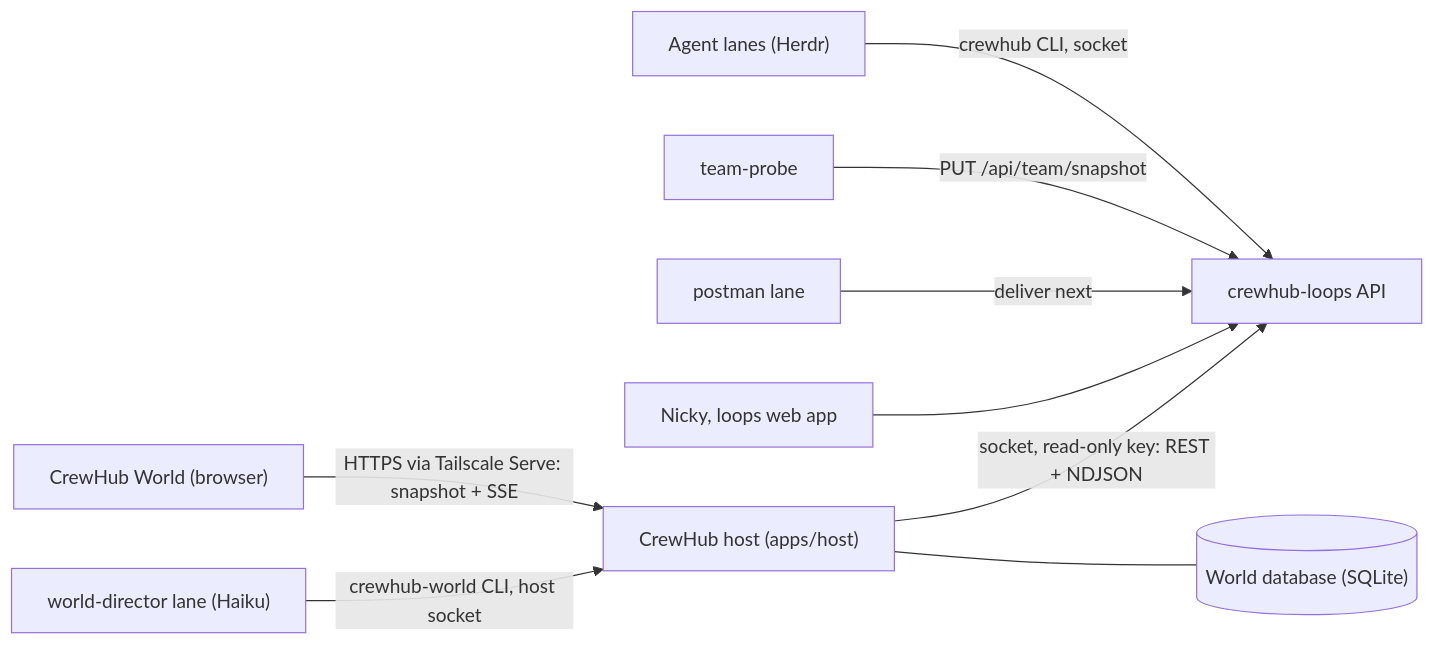
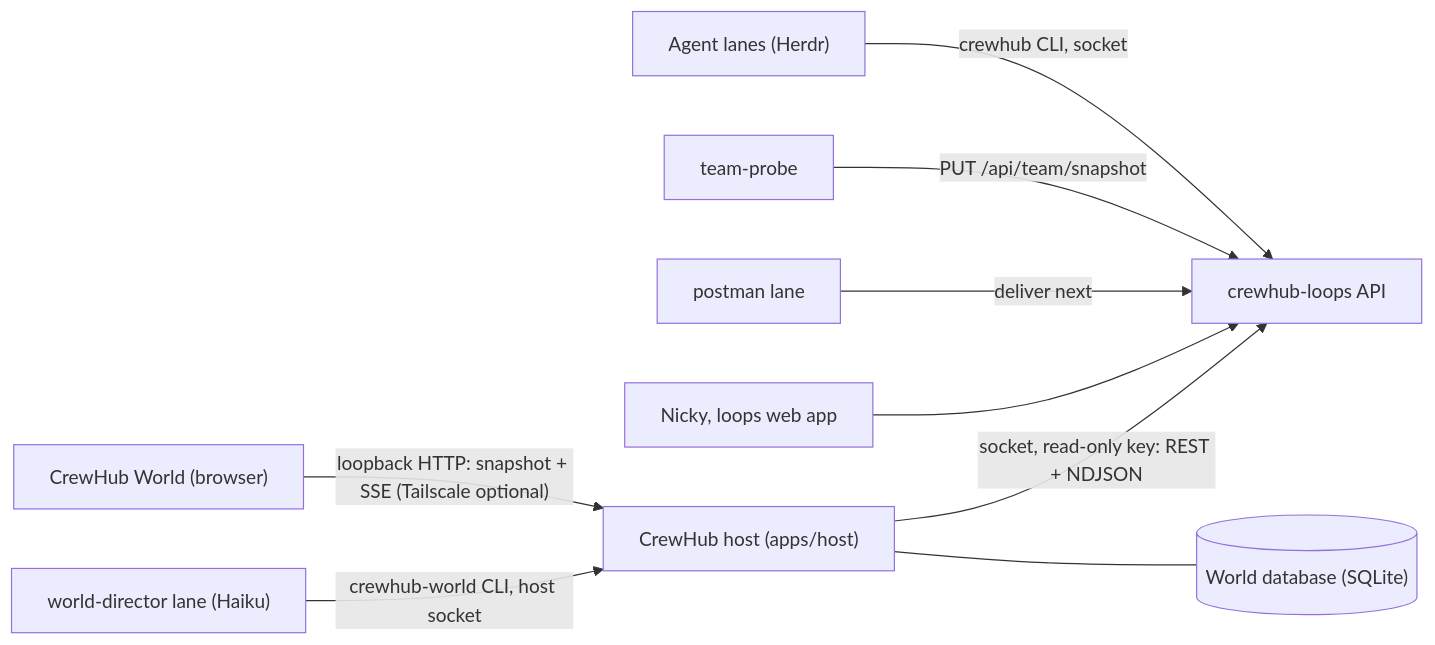
Before and after one commit to EKINSOL-DEV/crewhub2: the diagram in docs/LOOPS_INTEGRATION_PLAN.md, drawn with Mermaid. The commit also changed other lines of this file and 1 other file, not shown here.

First line of the commit message:
Make one machine the default deployment; Tailscale optional

````diff
--- a/docs/LOOPS_INTEGRATION_PLAN.md
+++ b/docs/LOOPS_INTEGRATION_PLAN.md
@@ -158,11 +160,11 @@
 ```mermaid
 flowchart LR
   Agents["Agent lanes (Herdr)"] -- "crewhub CLI, socket" --> Loops["crewhub-loops API"]
   Probe["team-probe"] -- "PUT /api/team/snapshot" --> Loops
   Postman["postman lane"] -- "deliver next" --> Loops
   People["Nicky, loops web app"] --> Loops
   Host["CrewHub host (apps/host)"] -- "socket, read-only key: REST + NDJSON" --> Loops
   Host --- DB[("World database (SQLite)")]
-  Browser["CrewHub World (browser)"] -- "HTTPS via Tailscale Serve: snapshot + SSE" --> Host
+  Browser["CrewHub World (browser)"] -- "loopback HTTP: snapshot + SSE (Tailscale optional)" --> Host
   Director["world-director lane (Haiku)"] -- "crewhub-world CLI, host socket" --> Host
 ```
````
